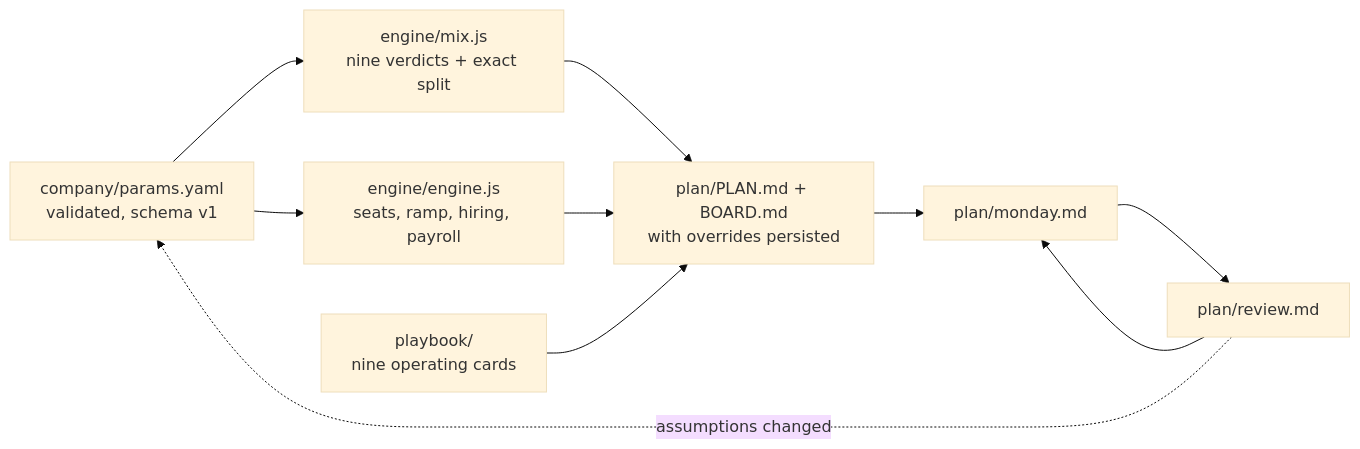
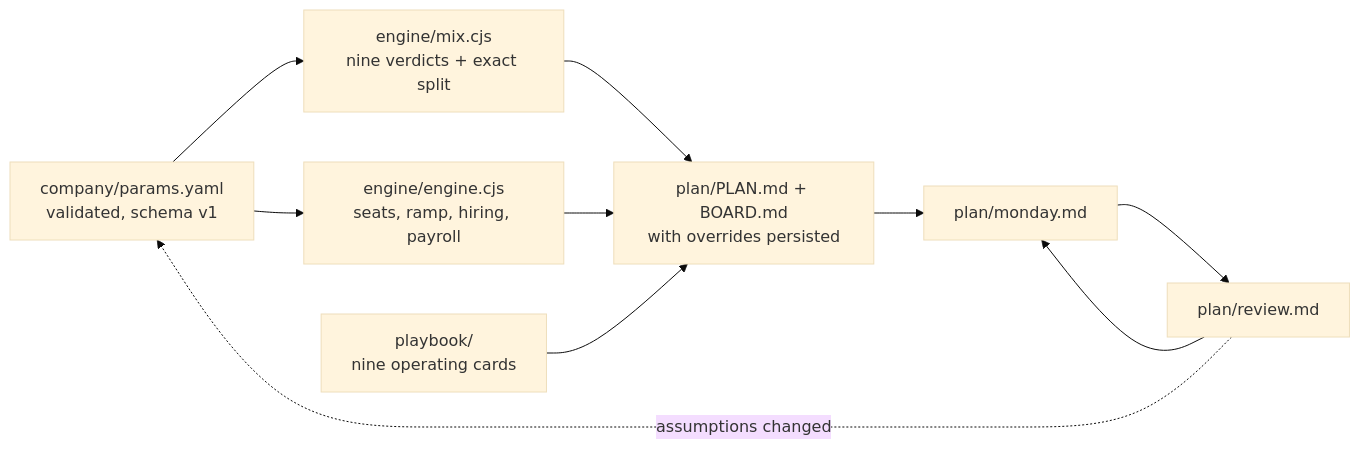
The diagram in README.md (awesbecher/pipeline-gen-as-code), drawn with Mermaid (base theme) before and after one commit. The commit also changed other lines of this file and 48 other files, not shown here.

````diff
--- a/README.md
+++ b/README.md
@@ -152,12 +169,12 @@
 ```mermaid
 flowchart LR
-    P["company/params.yaml<br/>validated, schema v1"] --> M["engine/mix.js<br/>nine verdicts + exact split"]
-    P --> C["engine/engine.js<br/>seats, ramp, hiring, payroll"]
+    P["company/params.yaml<br/>validated, schema v1"] --> M["engine/mix.cjs<br/>nine verdicts + exact split"]
+    P --> C["engine/engine.cjs<br/>seats, ramp, hiring, payroll"]
     M --> PL["plan/PLAN.md + BOARD.md<br/>with overrides persisted"]
     C --> PL
     K["playbook/<br/>nine operating cards"] --> PL
     PL --> MO["plan/monday.md"]
     MO --> R["plan/review.md"]
     R --> MO
     R -. assumptions changed .-> P
 ```
````
